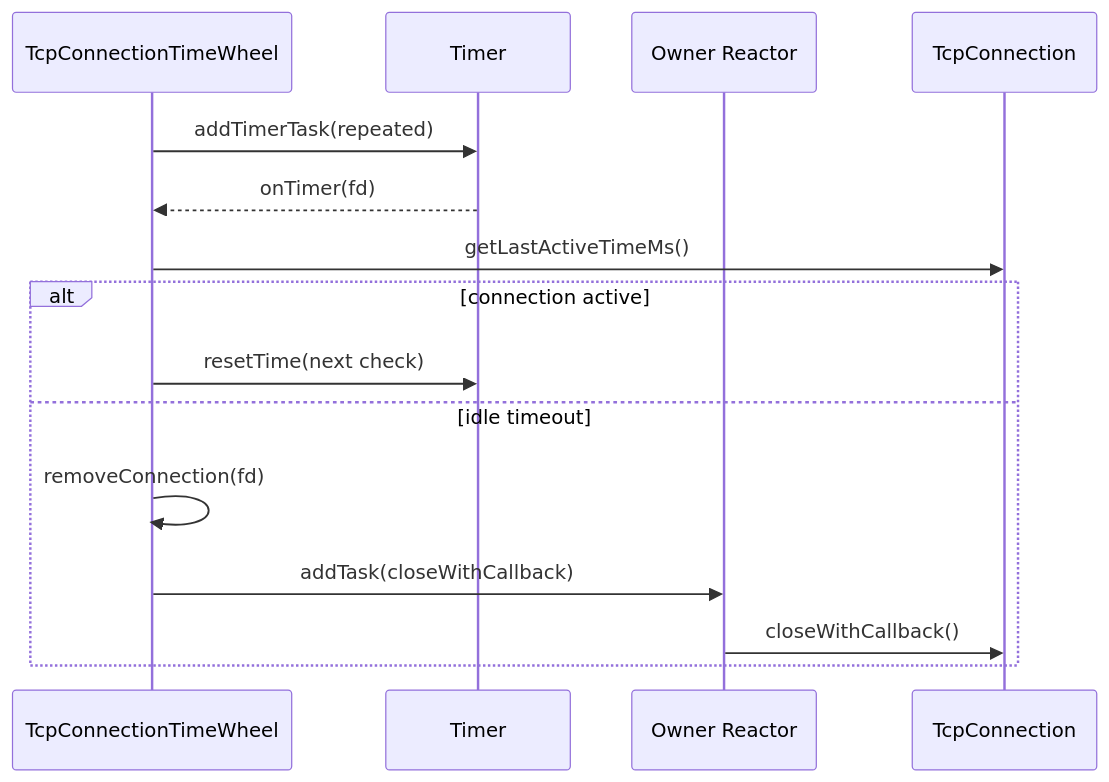
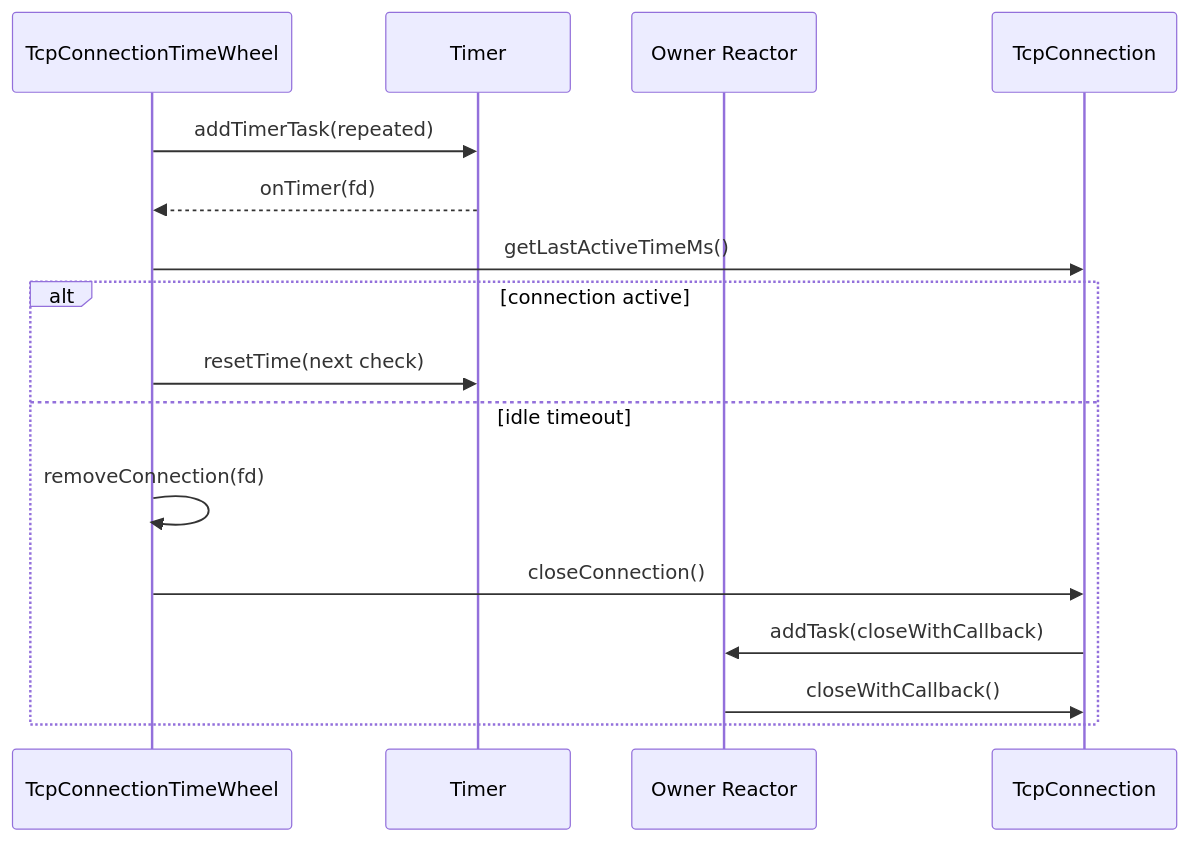
Before and after one commit to echo9923/rpc: the fifth of 5 diagrams in docs/tcpconnection-lifetime.md, drawn with Mermaid. The commit also changed other lines of this file and 10 other files, not shown here.

Commit message:
统一服务端 TcpConnection Reactor 投递关闭

````diff
--- a/docs/tcpconnection-lifetime.md
+++ b/docs/tcpconnection-lifetime.md
@@ -142,18 +147,19 @@
 ```mermaid
 sequenceDiagram
     participant Wheel as TcpConnectionTimeWheel
     participant Timer as Timer
     participant Reactor as Owner Reactor
     participant Conn as TcpConnection
 
     Wheel->>Timer: addTimerTask(repeated)
     Timer-->>Wheel: onTimer(fd)
     Wheel->>Conn: getLastActiveTimeMs()
     alt connection active
         Wheel->>Timer: resetTime(next check)
     else idle timeout
         Wheel->>Wheel: removeConnection(fd)
-        Wheel->>Reactor: addTask(closeWithCallback)
+        Wheel->>Conn: closeConnection()
+        Conn->>Reactor: addTask(closeWithCallback)
         Reactor->>Conn: closeWithCallback()
     end
 ```
````
